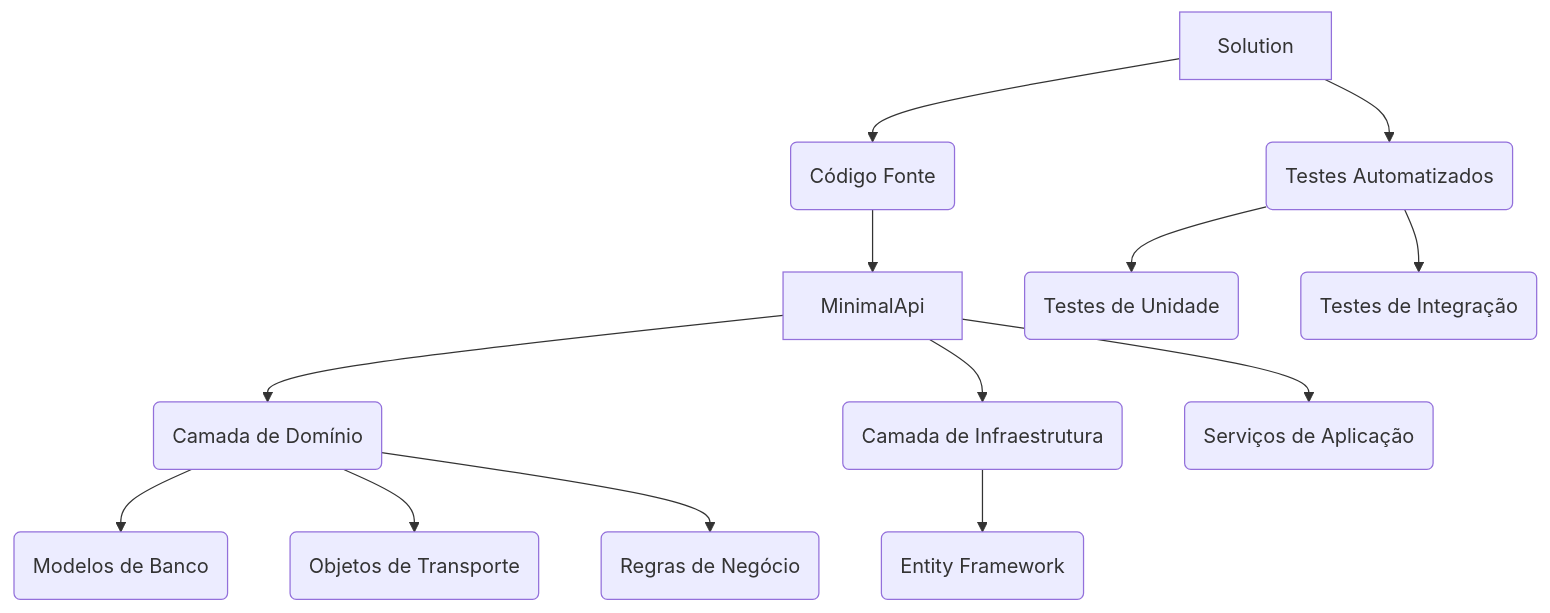
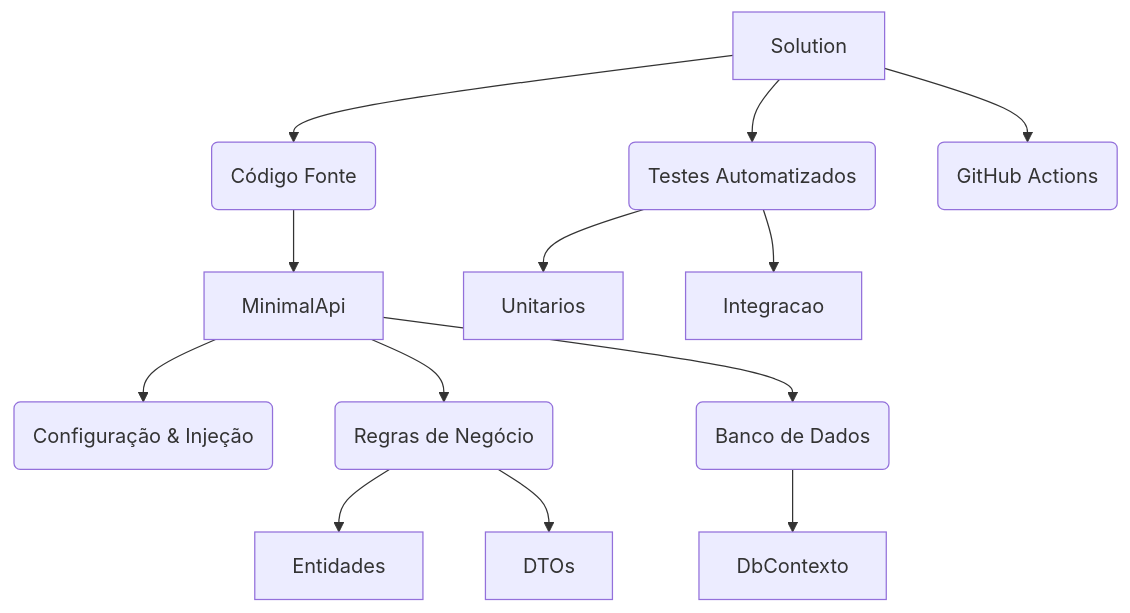
One commit to cleofasjunior/minimal-api changed the diagram in README.md. Above: the diagram before and after it, drawn with Mermaid. The commit also changed other lines of this file and 9 other files, not shown here.

Commit message:
DevOps: Adiciona pipeline de CI com GitHub Actions

`````diff
--- a/README.md
+++ b/README.md
@@ -20,19 +20,20 @@
 ```mermaid
 graph TD;
     Solution-->Src(Código Fonte);
     Solution-->Tests(Testes Automatizados);
+    Solution-->DevOps(GitHub Actions);
     
     Src-->MinimalApi;
-    MinimalApi-->Dominio(Camada de Domínio);
-    MinimalApi-->Infra(Camada de Infraestrutura);
-    MinimalApi-->Services(Serviços de Aplicação);
+    MinimalApi-->Extensoes(Configuração & Injeção);
+    MinimalApi-->Dominio(Regras de Negócio);
+    MinimalApi-->Infra(Banco de Dados);
     
-    Dominio-->Entidades(Modelos de Banco);
-    Dominio-->DTOs(Objetos de Transporte);
-    Dominio-->Enums(Regras de Negócio);
+    Dominio-->Entidades;
+    Dominio-->DTOs;
     
-    Infra-->DbContexto(Entity Framework);
+    Infra-->DbContexto;
     
-    Tests-->Unitarios(Testes de Unidade);
-    Tests-->Integracao(Testes de Integração);
-````
+    Tests-->Unitarios;
+    Tests-->Integracao;
+
+```
`````
